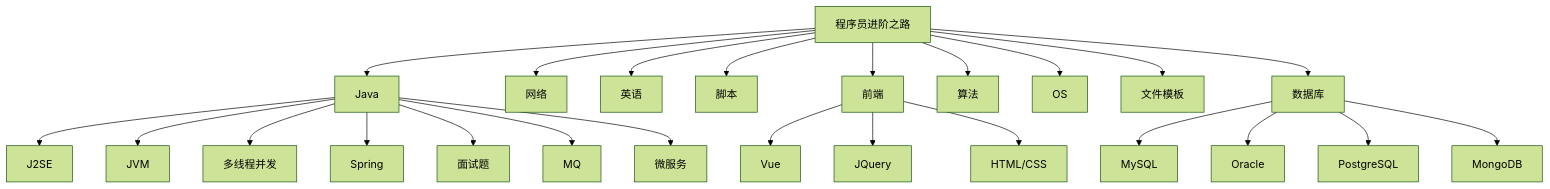
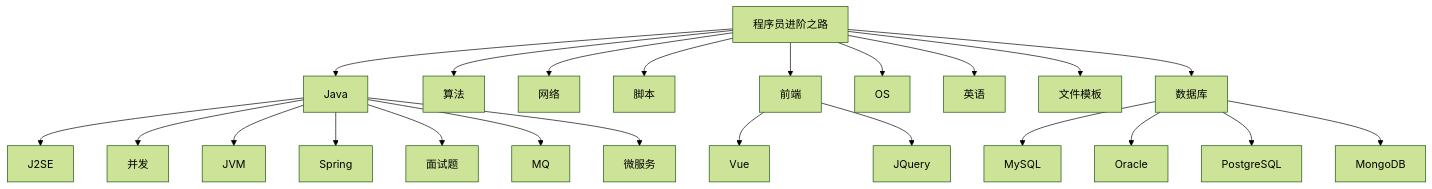
One commit to namelessmyth/beFreeCoder changed the second of 2 diagrams in README.md. Above: the diagram before and after it, drawn with Mermaid (forest theme). The commit also changed other lines of this file, not shown here.

Commit message:
readme知识地图宽度调整

````diff
--- a/README.md
+++ b/README.md
@@ -62,37 +60,33 @@
 ```mermaid
 flowchart TB
 
 root[程序员进阶之路]
 
 root-->Java["Java"]
 Java-->J2SE
+Java-->t["并发"]
 Java-->JVM
-Java-->t["多线程并发"]
 Java-->Spring
 Java-->面试题
 Java-->MQ
 Java-->cloud["微服务"]
 
+root-->sf[算法]
 root-->net["网络"]
-
-root-->English["英语"]
-
 root-->Script["脚本"]
 
 root-->front["前端"]
 front-->Vue
 front-->JQuery
-front-->html["HTML/CSS"]
-
-root-->sf[算法]
 
 root-->os["OS"]
+root-->English["英语"]
 
 root-->Template["文件模板"]
 
 root-->db["数据库"]
 db-->MySQL
 db-->Oracle
 db-->PostgreSQL
 db-->MongoDB
 ```
````
